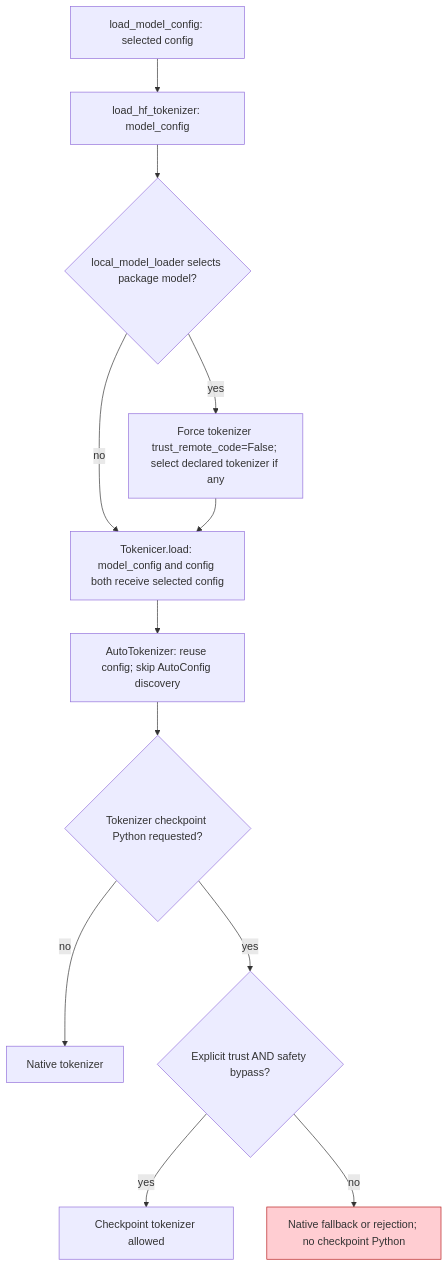
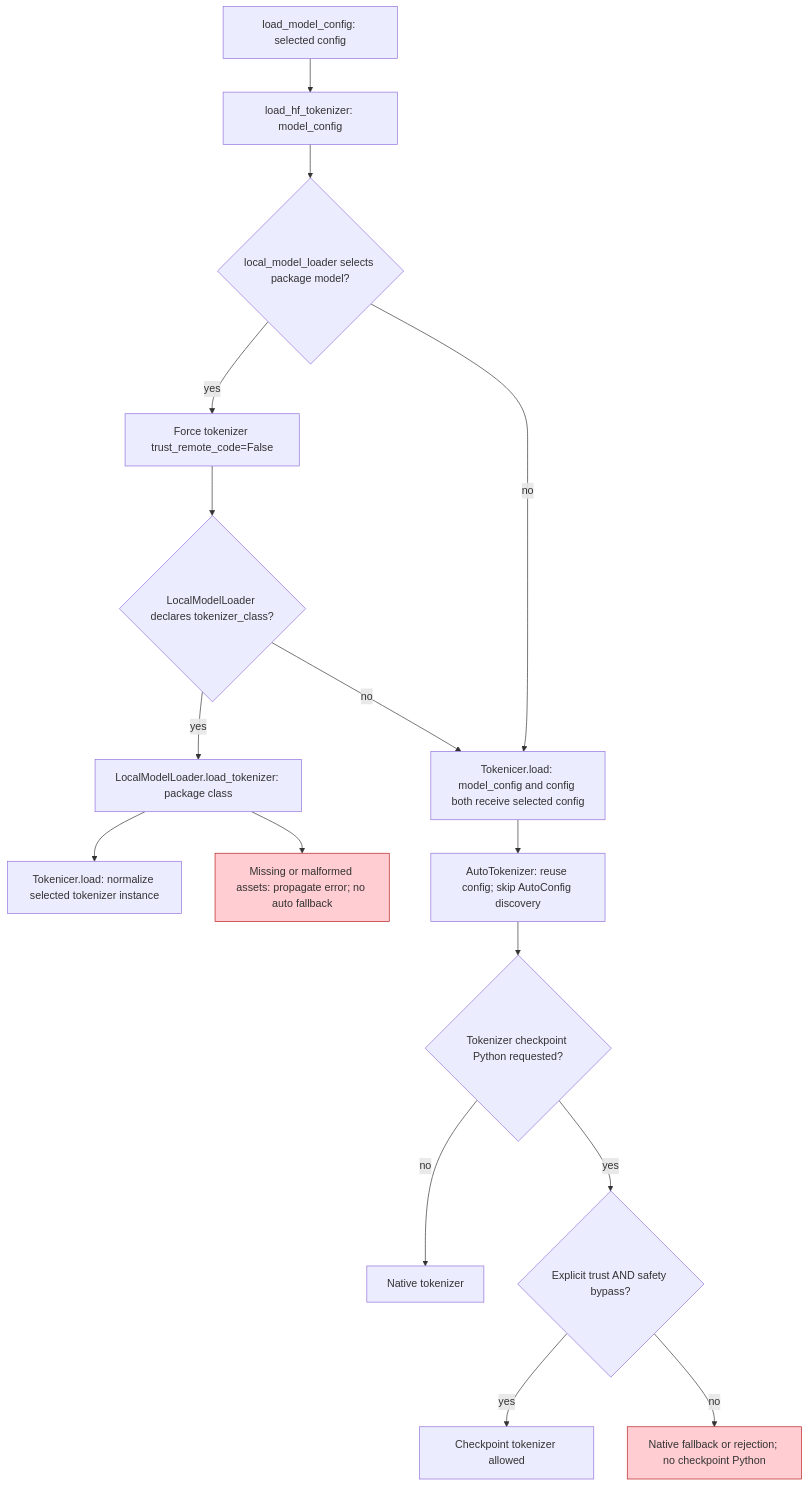
The fourth of 5 diagrams in docs/trust-remote-code-isolation.md (ModelCloud/GPTQModel), drawn with Mermaid before and after one commit. The commit also changed 7 other files, not shown here.

````diff
--- a/docs/trust-remote-code-isolation.md
+++ b/docs/trust-remote-code-isolation.md
@@ -89,15 +89,20 @@
 ```mermaid
 flowchart TD
     A["load_model_config: selected config"] --> B["load_hf_tokenizer: model_config"]
     B --> J{"local_model_loader selects package model?"}
-    J -- yes --> K["Force tokenizer trust_remote_code=False; select declared tokenizer if any"]
+    J -- yes --> K["Force tokenizer trust_remote_code=False"]
     J -- no --> C
-    K --> C["Tokenicer.load: model_config and config both receive selected config"]
+    K --> L{"LocalModelLoader declares tokenizer_class?"}
+    L -- yes --> M["LocalModelLoader.load_tokenizer: package class"]
+    M --> N["Tokenicer.load: normalize selected tokenizer instance"]
+    M --> O["Missing or malformed assets: propagate error; no auto fallback"]
+    L -- no --> C["Tokenicer.load: model_config and config both receive selected config"]
     C --> D["AutoTokenizer: reuse config; skip AutoConfig discovery"]
     D --> E{"Tokenizer checkpoint Python requested?"}
     E -- no --> F["Native tokenizer"]
     E -- yes --> G{"Explicit trust AND safety bypass?"}
     G -- yes --> H["Checkpoint tokenizer allowed"]
     G -- no --> I["Native fallback or rejection; no checkpoint Python"]
     style I fill:#ffcdd2,stroke:#b71c1c
+    style O fill:#ffcdd2,stroke:#b71c1c
 ```
````
